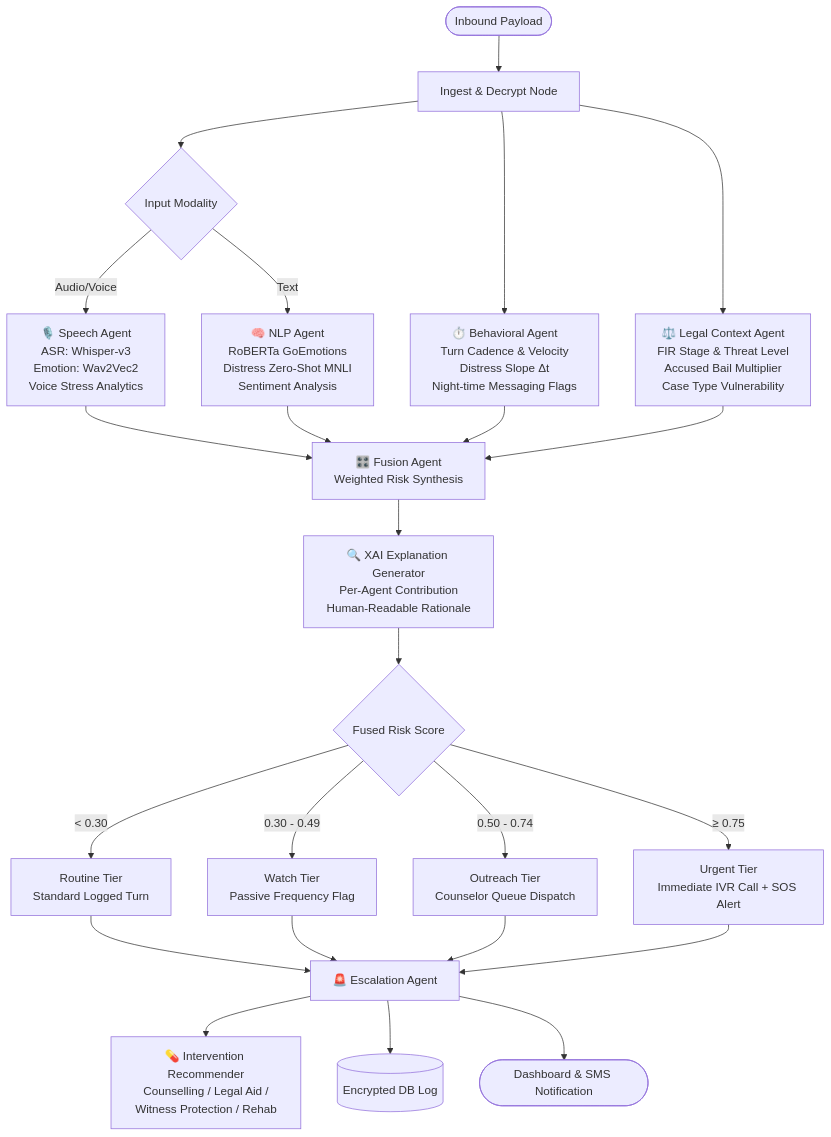
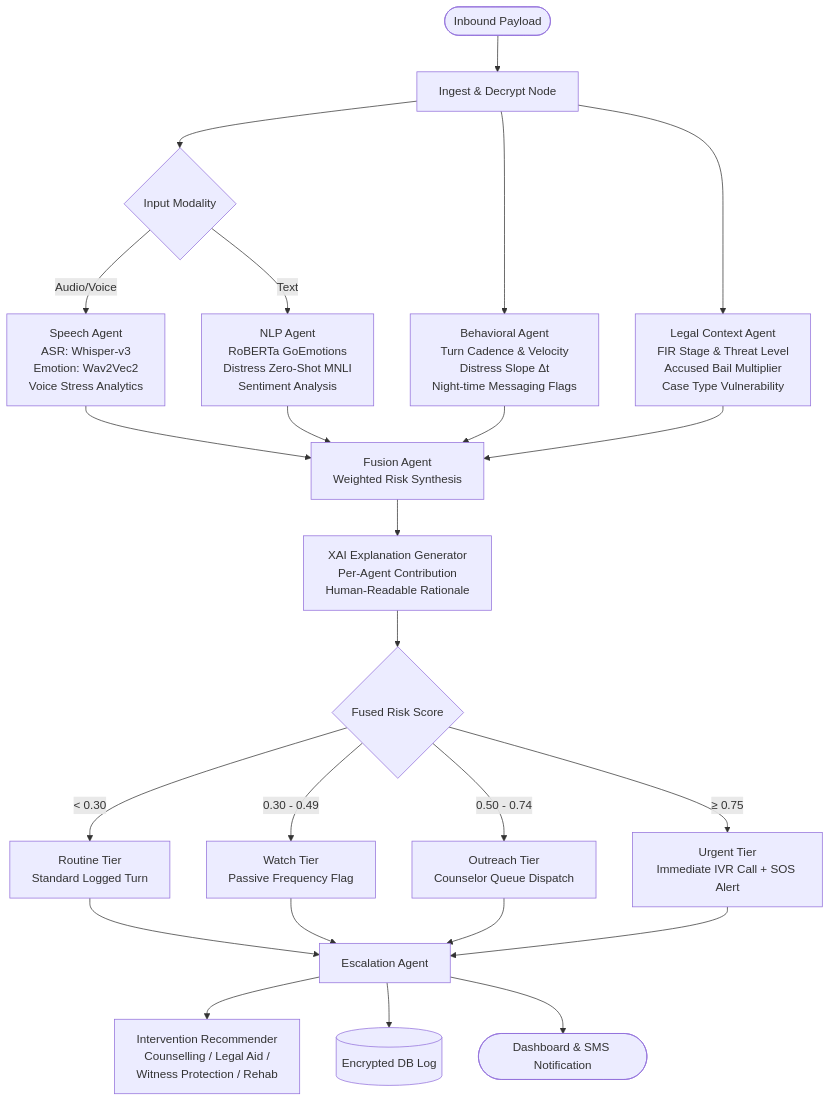
The third of 3 diagrams in README.md (SIH-Developers/Nyaya-Sakhi), drawn with Mermaid before and after one commit. The commit also changed other lines of this file and 1 other file, not shown here.

````diff
--- a/README.md
+++ b/README.md
@@ -201,33 +201,33 @@
 ```mermaid
 graph TD
     START([Inbound Payload]) --> INGEST[Ingest & Decrypt Node]
     INGEST --> SPLIT{Input Modality}
     
-    SPLIT -->|Audio/Voice| SPEECH["🎙️ Speech Agent<br/>ASR: Whisper-v3<br/>Emotion: Wav2Vec2<br/>Voice Stress Analytics"]
-    SPLIT -->|Text| NLP["🧠 NLP Agent<br/>RoBERTa GoEmotions<br/>Distress Zero-Shot MNLI<br/>Sentiment Analysis"]
+    SPLIT -->|Audio/Voice| SPEECH[" Speech Agent<br/>ASR: Whisper-v3<br/>Emotion: Wav2Vec2<br/>Voice Stress Analytics"]
+    SPLIT -->|Text| NLP[" NLP Agent<br/>RoBERTa GoEmotions<br/>Distress Zero-Shot MNLI<br/>Sentiment Analysis"]
     
-    INGEST --> BEH["⏱️ Behavioral Agent<br/>Turn Cadence & Velocity<br/>Distress Slope Δt<br/>Night-time Messaging Flags"]
-    INGEST --> CTX["⚖️ Legal Context Agent<br/>FIR Stage & Threat Level<br/>Accused Bail Multiplier<br/>Case Type Vulnerability"]
+    INGEST --> BEH[" Behavioral Agent<br/>Turn Cadence & Velocity<br/>Distress Slope Δt<br/>Night-time Messaging Flags"]
+    INGEST --> CTX[" Legal Context Agent<br/>FIR Stage & Threat Level<br/>Accused Bail Multiplier<br/>Case Type Vulnerability"]
     
-    SPEECH --> FUSION["🎛️ Fusion Agent<br/>Weighted Risk Synthesis"]
+    SPEECH --> FUSION[" Fusion Agent<br/>Weighted Risk Synthesis"]
     NLP --> FUSION
     BEH --> FUSION
     CTX --> FUSION
     
-    FUSION --> XAI["🔍 XAI Explanation Generator<br/>Per-Agent Contribution<br/>Human-Readable Rationale"]
+    FUSION --> XAI[" XAI Explanation Generator<br/>Per-Agent Contribution<br/>Human-Readable Rationale"]
     XAI --> EVAL{Fused Risk Score}
     
     EVAL -->|"< 0.30"| ROUTINE["Routine Tier<br/>Standard Logged Turn"]
     EVAL -->|"0.30 - 0.49"| WATCH["Watch Tier<br/>Passive Frequency Flag"]
     EVAL -->|"0.50 - 0.74"| OUTREACH["Outreach Tier<br/>Counselor Queue Dispatch"]
     EVAL -->|"≥ 0.75"| URGENT["Urgent Tier<br/>Immediate IVR Call + SOS Alert"]
     
-    ROUTINE --> ESCALATION[🚨 Escalation Agent]
+    ROUTINE --> ESCALATION[ Escalation Agent]
     WATCH --> ESCALATION
     OUTREACH --> ESCALATION
     URGENT --> ESCALATION
     
-    ESCALATION --> INTERVENTION["💊 Intervention Recommender<br/>Counselling / Legal Aid /<br/>Witness Protection / Rehab"]
+    ESCALATION --> INTERVENTION[" Intervention Recommender<br/>Counselling / Legal Aid /<br/>Witness Protection / Rehab"]
     ESCALATION --> DB_WRITE[(Encrypted DB Log)]
     ESCALATION --> END([Dashboard & SMS Notification])
 ```
````
